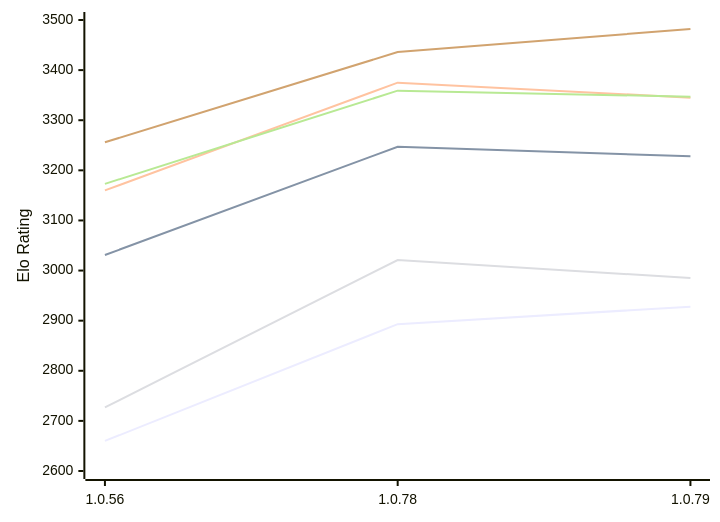
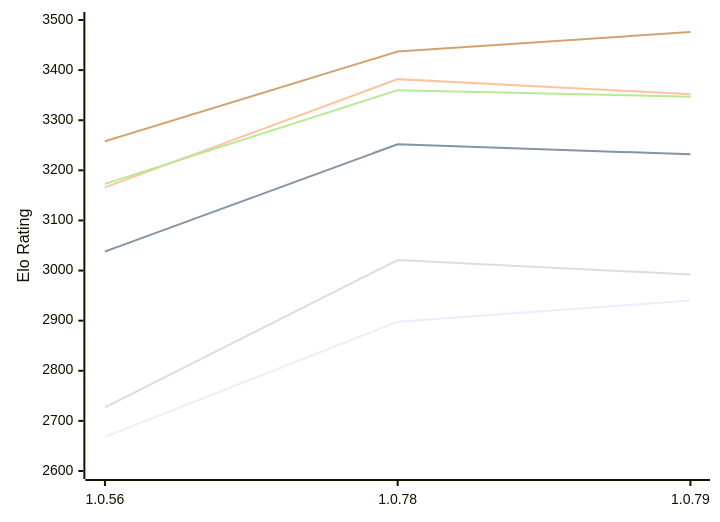
The first of 2 diagrams in engines/RustyRival.md (computer-chess-index/cci), drawn with Mermaid before and after one commit. The commit also changed other lines of this file, not shown here.

Commit message:
Update CCI Ratings (ELO VLTC) - 2026-11-10

````diff
--- a/engines/RustyRival.md
+++ b/engines/RustyRival.md
@@ -65,12 +65,12 @@
 ```mermaid
 %%{init: {"theme":"base","themeVariables":{"seriesColors:['#a3a3a3','#222221','#faa371']}}}%%
 xychart-beta
   x-axis ["1.0.56", "1.0.78", "1.0.79"]
   y-axis "Elo Rating" 2600 --> 3500
-  line "E1: STC (8.0+0.08s)" [2660, 2893, 2928]
-  line "E1: LTC (60.0+0.60s)" [3031, 3247, 3228]
-  line "E1: VLTC (2m24s+1.12s)" [3160, 3375, 3345]
-  line "P1: STC (8.0+0.08s)" [2727, 3021, 2985]
-  line "P1: LTC (60.0+0.60s)" [3173, 3359, 3347]
-  line "P1: VLTC (2m24s+1.12s)" [3256, 3436, 3482]
+  line "E1: STC (8.0+0.08s)" [2668, 2898, 2940]
+  line "E1: LTC (60.0+0.60s)" [3038, 3252, 3232]
+  line "E1: VLTC (2m24s+1.12s)" [3166, 3382, 3352]
+  line "P1: STC (8.0+0.08s)" [2727, 3021, 2992]
+  line "P1: LTC (60.0+0.60s)" [3173, 3360, 3347]
+  line "P1: VLTC (2m24s+1.12s)" [3258, 3437, 3476]
 ```
````
